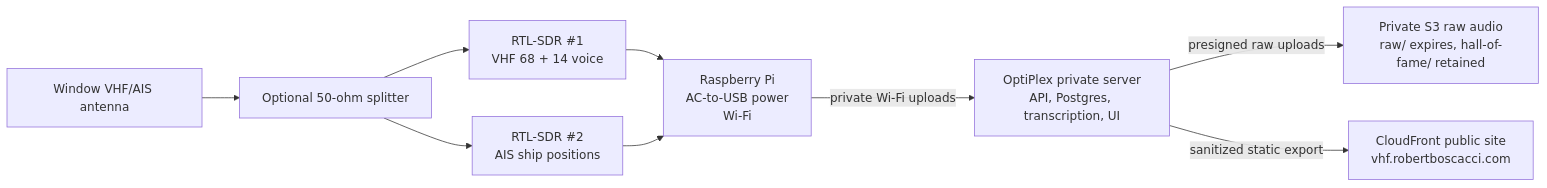
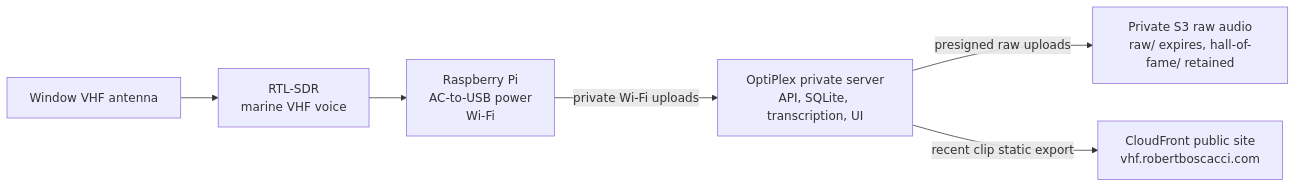
One commit to boscacci/vhf-seattle changed the diagram in docs/hardware-guide.md. Above: the diagram before and after it, drawn with Mermaid. The commit also changed other lines of this file and 24 other files, not shown here.

Commit message:
Simplify VHF clip UI

````diff
--- a/docs/hardware-guide.md
+++ b/docs/hardware-guide.md
@@ -7,20 +7,15 @@
 ```mermaid
 flowchart LR
-  antenna["Window VHF/AIS antenna"]
-  splitter["Optional 50-ohm splitter"]
-  voice["RTL-SDR #1<br/>VHF 68 + 14 voice"]
-  ais["RTL-SDR #2<br/>AIS ship positions"]
+  antenna["Window VHF antenna"]
+  voice["RTL-SDR<br/>marine VHF voice"]
   pi["Raspberry Pi<br/>AC-to-USB power<br/>Wi-Fi"]
-  optiplex["OptiPlex private server<br/>API, Postgres, transcription, UI"]
+  optiplex["OptiPlex private server<br/>API, SQLite, transcription, UI"]
   s3raw["Private S3 raw audio<br/>raw/ expires, hall-of-fame/ retained"]
   public["CloudFront public site<br/>vhf.robertboscacci.com"]
 
-  antenna --> splitter
-  splitter --> voice
-  splitter --> ais
+  antenna --> voice
   voice --> pi
-  ais --> pi
   pi -->|private Wi-Fi uploads| optiplex
   optiplex -->|presigned raw uploads| s3raw
-  optiplex -->|sanitized static export| public
+  optiplex -->|recent clip static export| public
 ```
````
